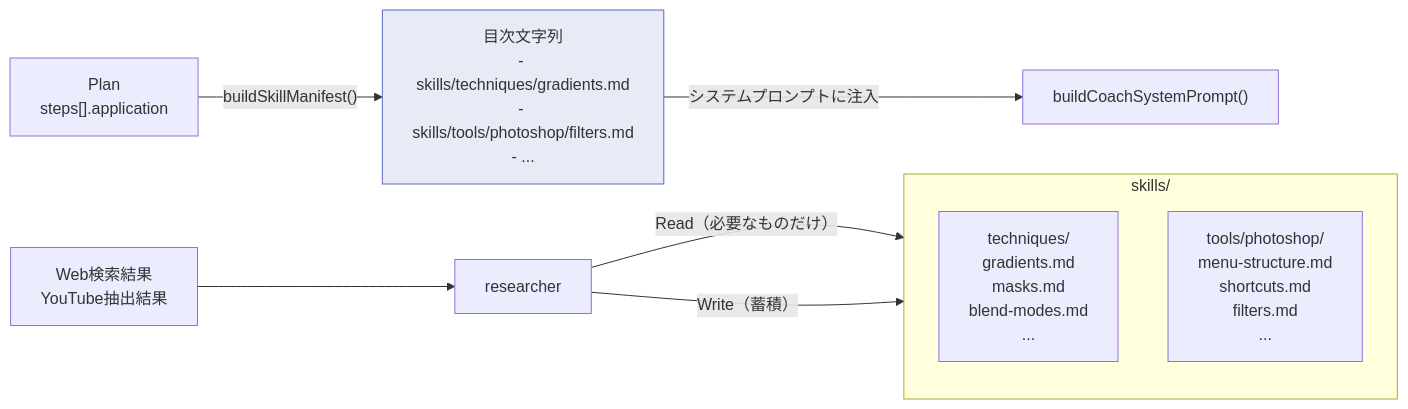
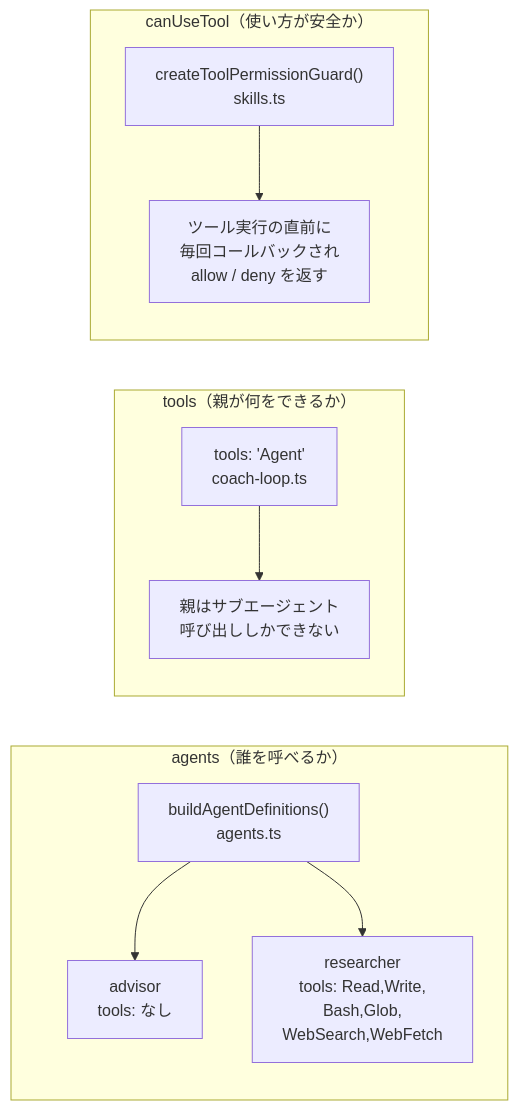
One commit to yukaorange/dcc_suport changed diagram 15 of 19 in docs/architecture.md. Above: the diagram before and after it, drawn with Mermaid. The commit also changed other lines of this file and 34 other files, not shown here.

````diff
--- a/docs/architecture.md
+++ b/docs/architecture.md
@@ -374,19 +410,18 @@
 ```mermaid
 flowchart LR
-    subgraph skills ["skills/"]
-        Tech["techniques/<br>gradients.md<br>masks.md<br>blend-modes.md<br>..."]
-        Tools["tools/photoshop/<br>menu-structure.md<br>shortcuts.md<br>filters.md<br>..."]
+    subgraph agents_prop ["agents（誰を呼べるか）"]
+        Def["buildAgentDefinitions()<br>agents.ts"]
+        Def --> Advisor2["advisor<br>tools: なし"]
+        Def --> Researcher2["researcher<br>tools: Read,Write,<br>Bash,Glob,<br>WebSearch,WebFetch"]
     end
 
-    Plan["Plan<br>steps[].application"]
-    Plan -->|"buildSkillManifest()"| Manifest["目次文字列<br>- skills/techniques/gradients.md<br>- skills/tools/photoshop/filters.md<br>- ..."]
+    subgraph tools_prop ["tools（親が何をできるか）"]
+        Tools2["tools: 'Agent'<br>coach-loop.ts"]
+        Tools2 --> Only["親はサブエージェント<br>呼び出ししかできない"]
+    end
 
-    Manifest -->|"システムプロンプトに注入"| SysPrompt["buildCoachSystemPrompt()"]
-
-    Researcher["researcher"] -->|"Read（必要なものだけ）"| skills
-    Researcher -->|"Write（蓄積）"| skills
-
-    WebResult["Web検索結果<br>YouTube抽出結果"] --> Researcher
-
-    style Manifest fill:#e8eaf6,stroke:#5c6bc0
+    subgraph canuse_prop ["canUseTool（使い方が安全か）"]
+        Guard2["createToolPermissionGuard()<br>skills.ts"]
+        Guard2 --> Check["ツール実行の直前に<br>毎回コールバックされ<br>allow / deny を返す"]
+    end
 ```
````
